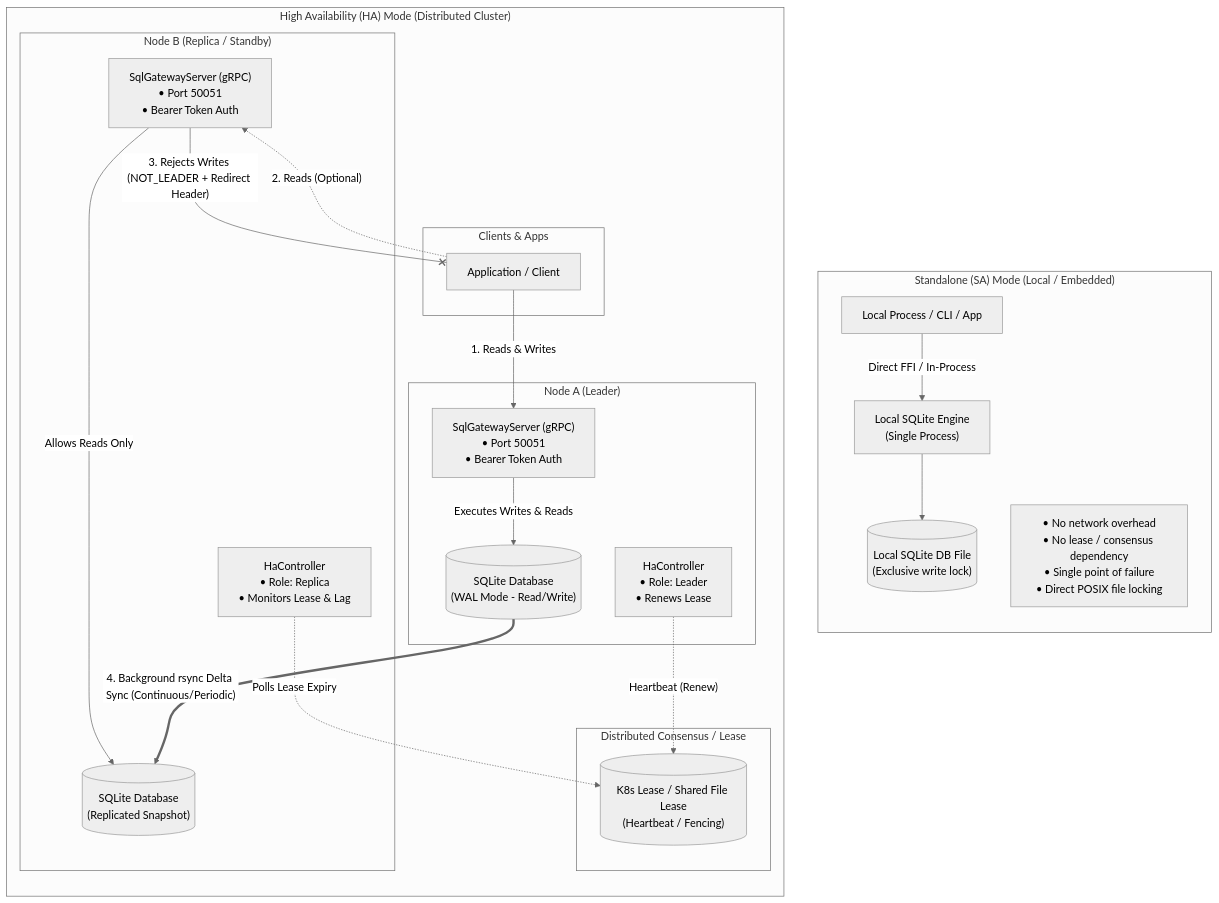
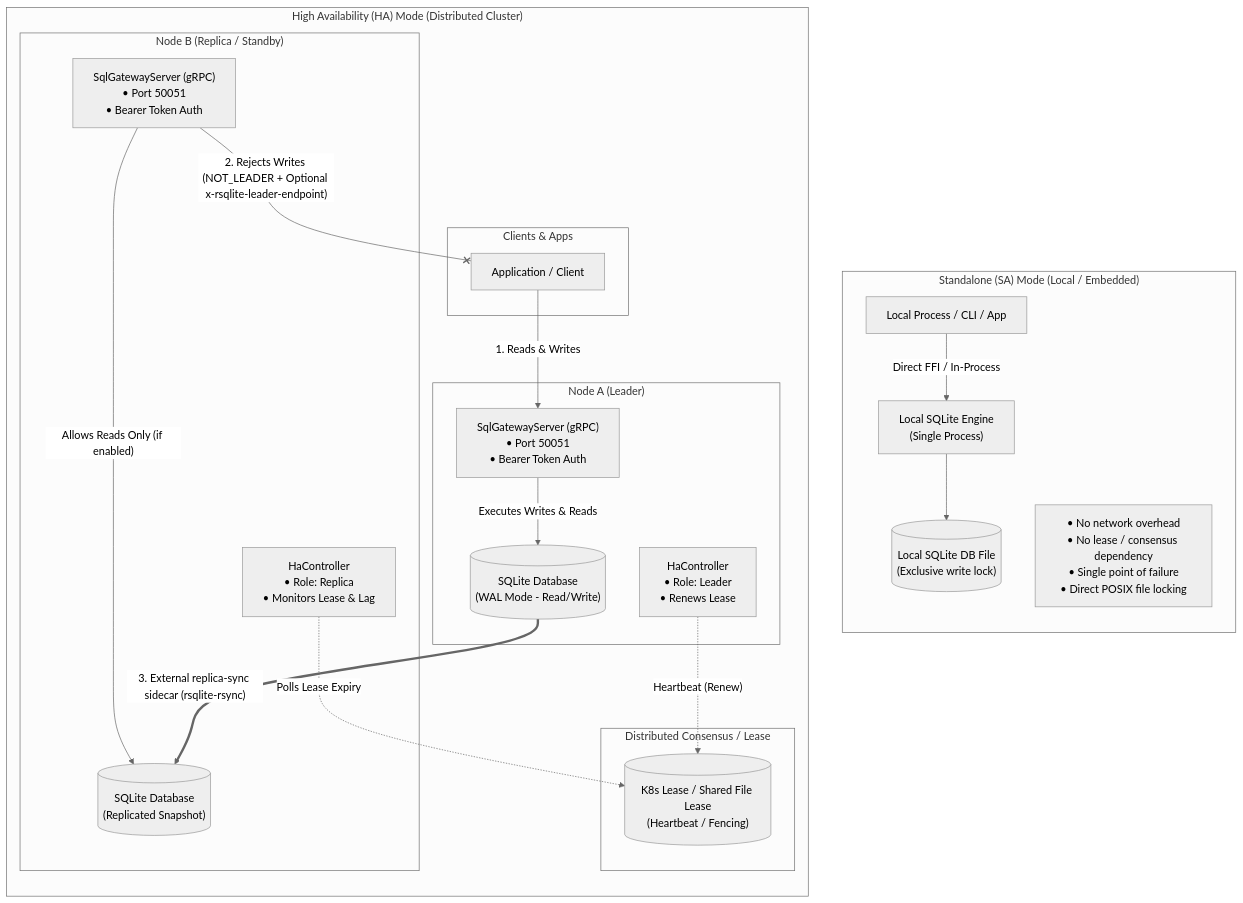
The seventh of 11 diagrams in docs/architecture-diagrams.md (sria91/rsqlite-rsync), drawn with Mermaid (neutral theme) before and after one commit. The commit also changed other lines of this file, not shown here.

First line of the commit message:
docs: address PR review feedback on architecture diagrams

````diff
--- a/docs/architecture-diagrams.md
+++ b/docs/architecture-diagrams.md
@@ -194,46 +196,45 @@
 ```mermaid
 flowchart TB
     subgraph SA["Standalone (SA) Mode (Local / Embedded)"]
         direction TB
         SA_User["Local Process / CLI / App"] -->|"Direct FFI / In-Process"| SA_Engine["Local SQLite Engine<br/>(Single Process)"]
         SA_Engine --> SA_DB[("Local SQLite DB File<br/>(Exclusive write lock)")]
         
         SA_Note["• No network overhead<br/>• No lease / consensus dependency<br/>• Single point of failure<br/>• Direct POSIX file locking"]
     end
 
     subgraph HA["High Availability (HA) Mode (Distributed Cluster)"]
         direction TB
         
         subgraph HA_Clients["Clients & Apps"]
             HA_App["Application / Client"]
         end
 
         subgraph HA_LeaseStore["Distributed Consensus / Lease"]
             HA_Lease[("K8s Lease / Shared File Lease<br/>(Heartbeat / Fencing)")]
         end
 
         subgraph HA_Leader["Node A (Leader)"]
             L_GW["SqlGatewayServer (gRPC)<br/>• Port 50051<br/>• Bearer Token Auth"]
             L_Ctrl["HaController<br/>• Role: Leader<br/>• Renews Lease"]
             L_DB[("SQLite Database<br/>(WAL Mode - Read/Write)")]
             
             L_Ctrl -.->|"Heartbeat (Renew)"| HA_Lease
             L_GW -->|"Executes Writes & Reads"| L_DB
         end
 
         subgraph HA_Replica["Node B (Replica / Standby)"]
             R_GW["SqlGatewayServer (gRPC)<br/>• Port 50051<br/>• Bearer Token Auth"]
             R_Ctrl["HaController<br/>• Role: Replica<br/>• Monitors Lease & Lag"]
             R_DB[("SQLite Database<br/>(Replicated Snapshot)")]
             
             R_Ctrl -.->|"Polls Lease Expiry"| HA_Lease
-            R_GW -->|"Allows Reads Only"| R_DB
+            R_GW -->|"Allows Reads Only (if enabled)"| R_DB
         end
 
         HA_App -->|"1. Reads & Writes"| L_GW
-        HA_App -.->|"2. Reads (Optional)"| R_GW
-        R_GW --x|"3. Rejects Writes (NOT_LEADER + Redirect Header)"| HA_App
+        R_GW --x|"2. Rejects Writes (NOT_LEADER + Optional x-rsqlite-leader-endpoint)"| HA_App
 
-        L_DB ==>|"4. Background rsync Delta Sync (Continuous/Periodic)"| R_DB
+        L_DB ==>|"3. External replica-sync sidecar (rsqlite-rsync)"| R_DB
     end
 ```
````
